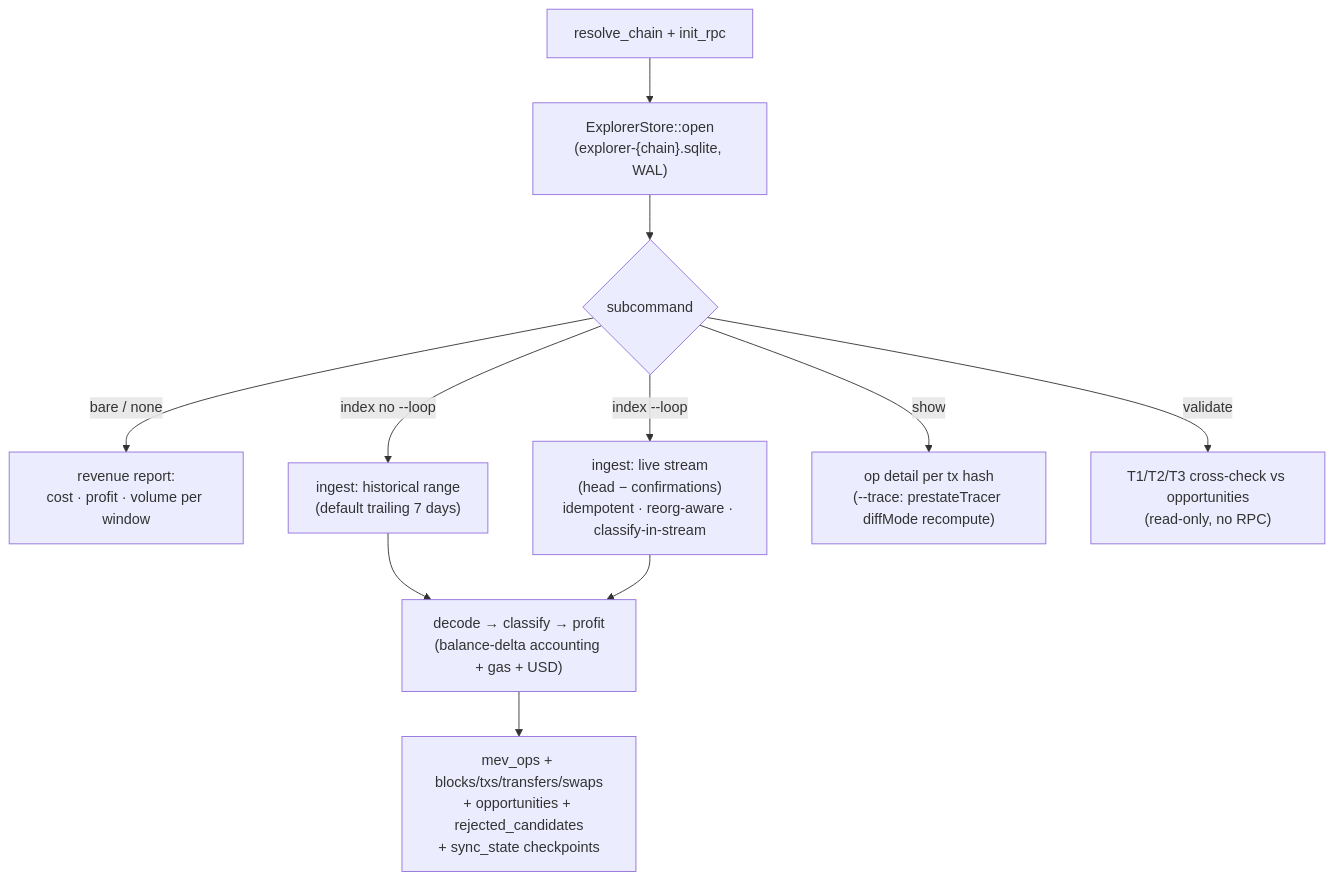
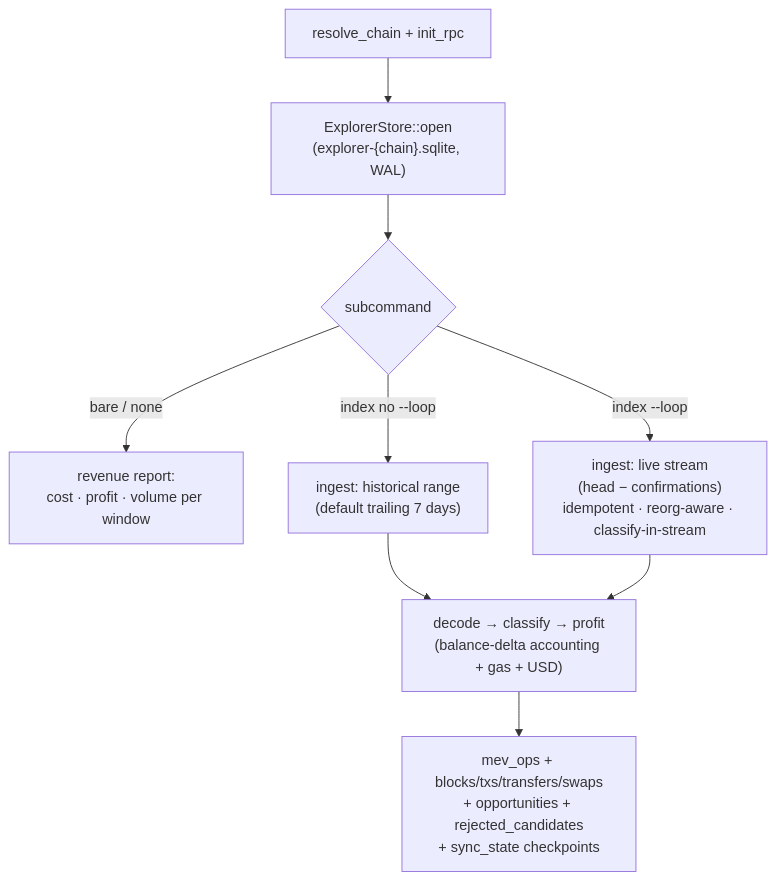
Before and after one commit to moha-moradi/mev-scout: the eighth of 9 diagrams in docs/CLI.md, drawn with Mermaid. The commit also changed other lines of this file and 37 other files, not shown here.

First line of the commit message:
refactor(explorer): remove `show` and `validate` commands from CLI

````diff
--- a/docs/CLI.md
+++ b/docs/CLI.md
@@ -377,13 +375,11 @@
 ```mermaid
 flowchart TB
     A["resolve_chain + init_rpc"] --> B["ExplorerStore::open<br/>(explorer-{chain}.sqlite, WAL)"]
     B --> C{"subcommand"}
     C -- "bare / none" --> R["revenue report:<br/>cost · profit · volume per window"]
     C -- "index no --loop" --> BF["ingest: historical range<br/>(default trailing 7 days)"]
     C -- "index --loop" --> E["ingest: live stream<br/>(head − confirmations)<br/>idempotent · reorg-aware · classify-in-stream"]
     BF --> F["decode → classify → profit<br/>(balance-delta accounting + gas + USD)"]
     E --> F
-    C -- show --> I["op detail per tx hash<br/>(--trace: prestateTracer diffMode recompute)"]
-    C -- validate --> V["T1/T2/T3 cross-check vs opportunities<br/>(read-only, no RPC)"]
     F --> L["mev_ops + blocks/txs/transfers/swaps<br/>+ opportunities + rejected_candidates<br/>+ sync_state checkpoints"]
 ```
````
